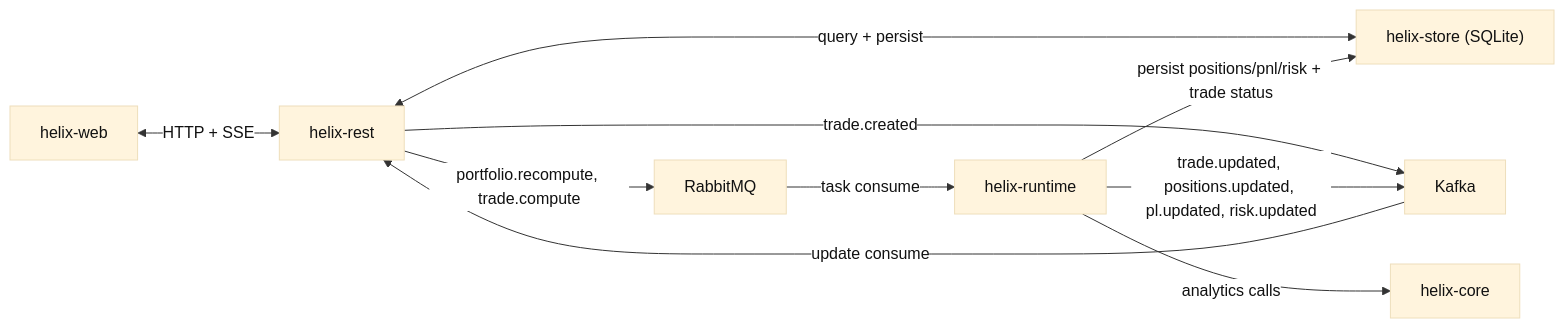
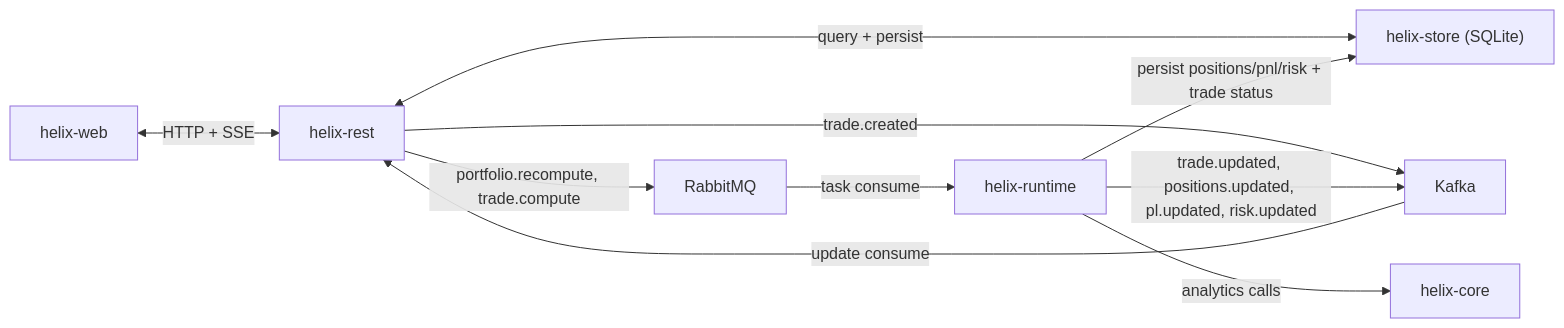
Before and after one commit to a4shubert/helix: the diagram in README.md, drawn with Mermaid.

Commit message:
udpated for diagram in readme

````diff
--- a/README.md
+++ b/README.md
@@ -17,24 +17,24 @@
 ```mermaid
-%%{init: {"theme":"base","themeVariables":{"background":"#ffffff","primaryTextColor":"#111111","lineColor":"#333333","edgeLabelBackground":"#ffffff"}}}%%
+%%{init: {"theme":"default","themeVariables":{"darkMode":false}}}%%
 flowchart LR
     web["helix-web"]
     rest["helix-rest"]
     runtime["helix-runtime"]
     core["helix-core"]
     store["helix-store (SQLite)"]
     kafka["Kafka"]
     rabbit["RabbitMQ"]
 
     web <--> |HTTP + SSE| rest
     rest <--> |query + persist| store
 
     rest --> |trade.created| kafka
     rest --> |portfolio.recompute, trade.compute| rabbit
 
     rabbit --> |task consume| runtime
     runtime --> |analytics calls| core
     runtime --> |persist positions/pnl/risk + trade status| store
     runtime --> |trade.updated, positions.updated, pl.updated, risk.updated| kafka
 
     kafka --> |update consume| rest
 ```
````
